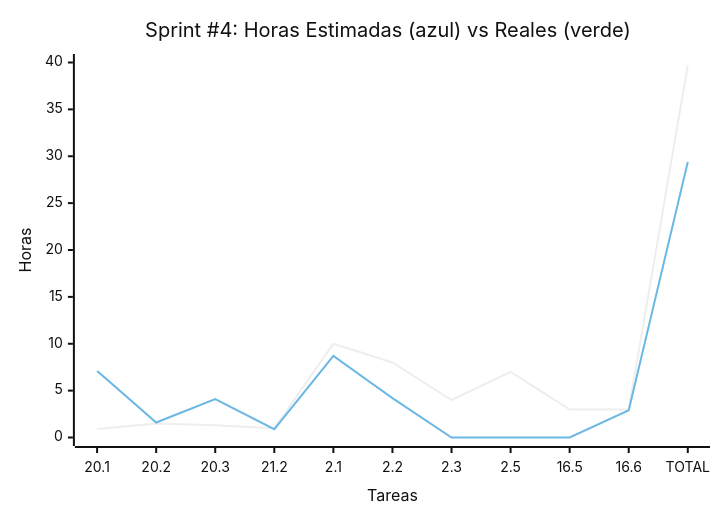
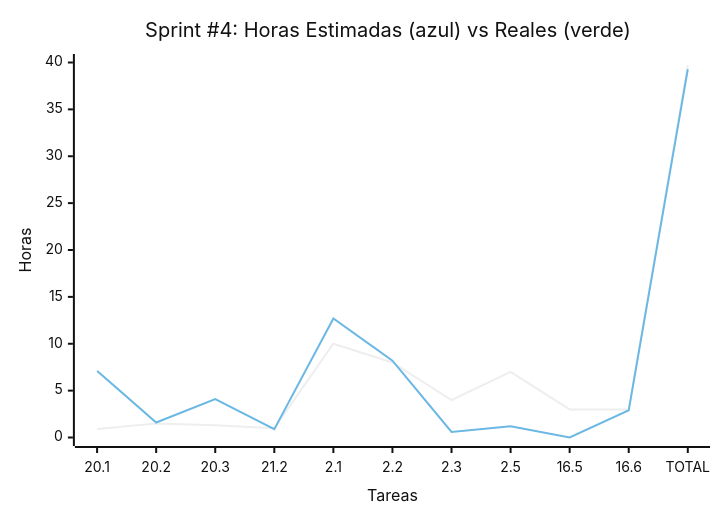
Before and after one commit to MarkMed/FleetMan: the fourth of 5 diagrams in docs/SprintsPlanning.md, drawn with Mermaid (neutral theme). The commit also changed other lines of this file, not shown here.

````diff
--- a/docs/SprintsPlanning.md
+++ b/docs/SprintsPlanning.md
@@ -188,12 +188,12 @@
 ```mermaid
 xychart-beta
     title "Sprint #4: Horas Estimadas #40;azul#41; vs Reales #40;verde#41;"
     x-axis "Tareas" ["20.1", "20.2", "20.3", "21.2", "2.1", "2.2", "2.3", "2.5", "16.5", "16.6", "TOTAL"]
     y-axis "Horas" 0 --> 40
 	
 	%% Green line
     line [0.9, 1.5, 1.3, 1, 10, 8, 4, 7, 3, 3, 39.7]
 
 	%% Black line
-    line [7.1, 1.6, 4.1, 0.88, 8.7, 4.2, 0, 0, 0, 2.9, 29.38]
+    line [7.1, 1.6, 4.1, 0.88, 12.7, 8.2, 0.6, 1.2, 0, 2.9, 39.28]
 ```
````
